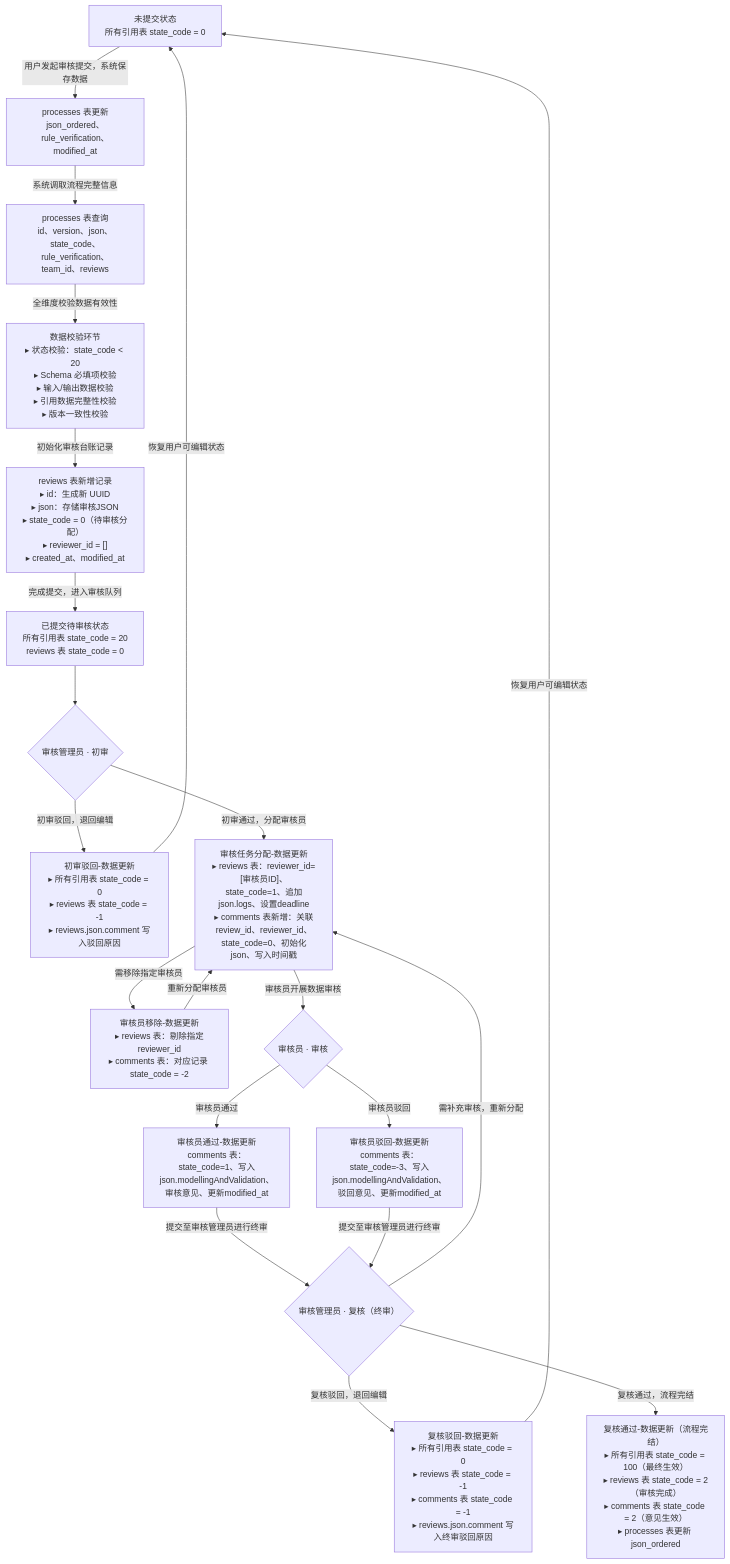
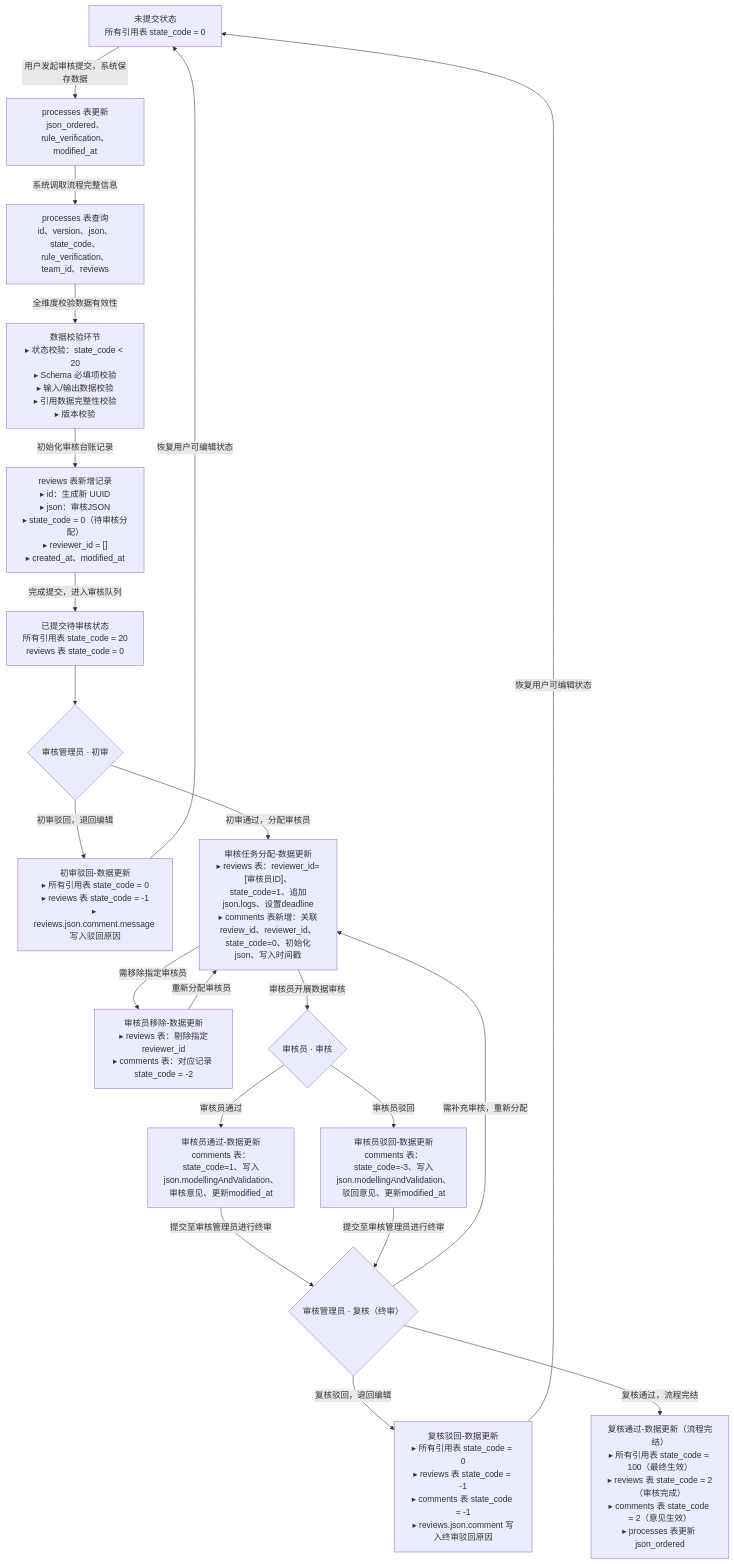
Before and after one commit to linancn/tiangong-lca-next: the diagram in docs/agents/data_audit_instruction_CN.md, drawn with Mermaid. The commit also changed other lines of this file and 1 other file, not shown here.

````diff
--- a/docs/agents/data_audit_instruction_CN.md
+++ b/docs/agents/data_audit_instruction_CN.md
@@ -1,60 +61,60 @@
 ```mermaid
 flowchart TD
     %% ========================= 基础状态/数据表节点 =========================
     A["未提交状态<br/>所有引用表 state_code = 0"]
     
     Pupd["processes 表更新<br/>json_ordered、rule_verification、modified_at"]
     Pget["processes 表查询<br/>id、version、json、state_code、rule_verification、team_id、reviews"]
-    V["数据校验环节<br/>▸ 状态校验：state_code < 20<br/>▸ Schema 必填项校验<br/>▸ 输入/输出数据校验<br/>▸ 引用数据完整性校验<br/>▸ 版本一致性校验"]
-    Rins["reviews 表新增记录<br/>▸ id：生成新 UUID<br/>▸ json：存储审核JSON<br/>▸ state_code = 0（待审核分配）<br/>▸ reviewer_id = []<br/>▸ created_at、modified_at"]
+    V["数据校验环节<br/>▸ 状态校验：state_code < 20<br/>▸ Schema 必填项校验<br/>▸ 输入/输出数据校验<br/>▸ 引用数据完整性校验<br/>▸ 版本校验"]
+    Rins["reviews 表新增记录<br/>▸ id：生成新 UUID<br/>▸ json：审核JSON<br/>▸ state_code = 0（待审核分配）<br/>▸ reviewer_id = []<br/>▸ created_at、modified_at"]
     S20["已提交待审核状态<br/>所有引用表 state_code = 20<br/>reviews 表 state_code = 0"]
 
     %% ========================= 审核管理员核心流程节点 =========================
     %% 第一级：审核管理员-初审
     AM_FIRST{"审核管理员 · 初审"}
-    Reject_First["初审驳回-数据更新<br/>▸ 所有引用表 state_code = 0<br/>▸ reviews 表 state_code = -1<br/>▸ reviews.json.comment 写入驳回原因"]
+    Reject_First["初审驳回-数据更新<br/>▸ 所有引用表 state_code = 0<br/>▸ reviews 表 state_code = -1<br/>▸ reviews.json.comment.message 写入驳回原因"]
     
     Assign["审核任务分配-数据更新<br/>▸ reviews 表：reviewer_id=[审核员ID]、state_code=1、追加json.logs、设置deadline<br/>▸ comments 表新增：关联review_id、reviewer_id、state_code=0、初始化json、写入时间戳"]
     RemoveReviewer["审核员移除-数据更新<br/>▸ reviews 表：剔除指定reviewer_id<br/>▸ comments 表：对应记录 state_code = -2"]
 
     %% 第二级：审核员审核
     Reviewer_Check{"审核员 · 审核"}
     R_Pass["审核员通过-数据更新<br/>comments 表：state_code=1、写入json.modellingAndValidation、审核意见、更新modified_at"]
     R_Reject["审核员驳回-数据更新<br/>comments 表：state_code=-3、写入json.modellingAndValidation、驳回意见、更新modified_at"]
 
     %% 第三级：审核管理员 · 复核（终审）
     AM_FINAL{"审核管理员 · 复核（终审）"}
     Reject_Final["复核驳回-数据更新<br/>▸ 所有引用表 state_code = 0<br/>▸ reviews 表 state_code = -1<br/>▸ comments 表 state_code = -1<br/>▸ reviews.json.comment 写入终审驳回原因"]
     Pass_Final["复核通过-数据更新（流程完结）<br/>▸ 所有引用表 state_code = 100（最终生效）<br/>▸ reviews 表 state_code = 2（审核完成）<br/>▸ comments 表 state_code = 2（意见生效）<br/>▸ processes 表更新 json_ordered"]
 
     %% ========================= 主流程连线（逻辑闭环+层级清晰） =========================
     %% 提交流程：未提交 → 数据操作 → 待审核
     A -->|用户发起审核提交，系统保存数据| Pupd
     Pupd -->|系统调取流程完整信息| Pget
     Pget -->|全维度校验数据有效性| V
     V -->|初始化审核台账记录| Rins
     Rins -->|完成提交，进入审核队列| S20
 
     %% 初审流程：待审核 → 初审 → 分支处理
     S20 --> AM_FIRST
     AM_FIRST -->|初审驳回，退回编辑| Reject_First
     Reject_First -->|恢复用户可编辑状态| A
     AM_FIRST -->|初审通过，分配审核员| Assign
 
     %% 审核员分配调整分支
     Assign -->|需移除指定审核员| RemoveReviewer
     RemoveReviewer -->|重新分配审核员| Assign
     Assign -->|审核员开展数据审核| Reviewer_Check
 
     %% 审核员审核分支 → 审核管理员复核
     Reviewer_Check -->|审核员通过| R_Pass
     Reviewer_Check -->|审核员驳回| R_Reject
     R_Pass & R_Reject -->|提交至审核管理员进行终审| AM_FINAL
 
     %% 复核（终审）流程分支
     AM_FINAL -->|复核驳回，退回编辑| Reject_Final
     Reject_Final -->|恢复用户可编辑状态| A
     AM_FINAL -->|复核通过，流程完结| Pass_Final
     AM_FINAL -->|需补充审核，重新分配| Assign
 
 ```
````
